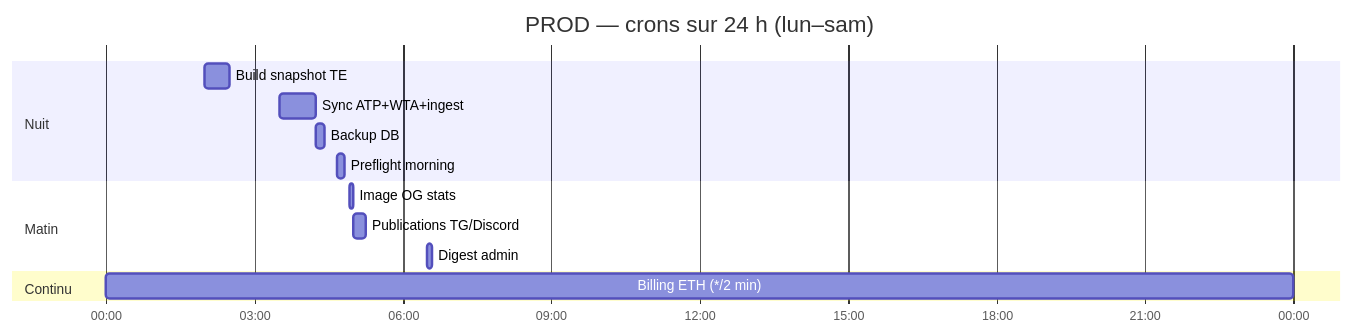
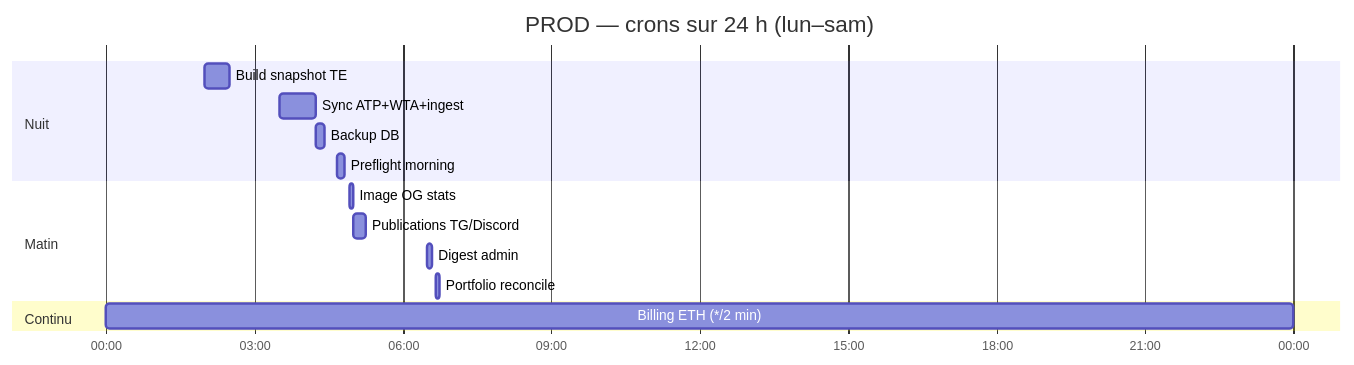
Before and after one commit to Miou-ux/BettingHUD: the diagram in docs/CRONS_SEMAINE.md, drawn with Mermaid. The commit also changed other lines of this file and 18 other files, not shown here.

First line of the commit message:
Unlimited HYB top picks, /top command, and portfolio reconcile cron.

````diff
--- a/docs/CRONS_SEMAINE.md
+++ b/docs/CRONS_SEMAINE.md
@@ -52,17 +52,18 @@
 ```mermaid
 gantt
     title PROD — crons sur 24 h (lun–sam)
     dateFormat HH:mm
     axisFormat %H:%M
     section Nuit
     Build snapshot TE     :02:00, 30m
     Sync ATP+WTA+ingest   :03:30, 45m
     Backup DB             :04:15, 10m
     Preflight morning     :04:40, 10m
     section Matin
     Image OG stats        :04:55, 5m
     Publications TG/Discord :05:00, 15m
     Digest admin          :06:30, 5m
+    Portfolio reconcile   :06:40, 5m
     section Continu
     Billing ETH (*/2 min)   :00:00, 24h
 ```
````
